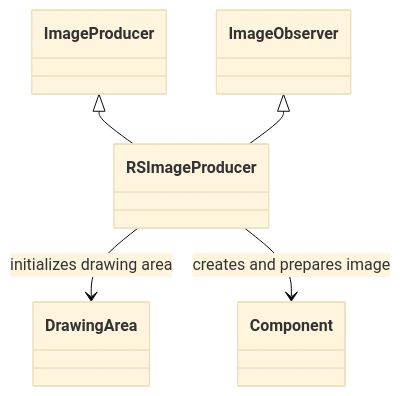
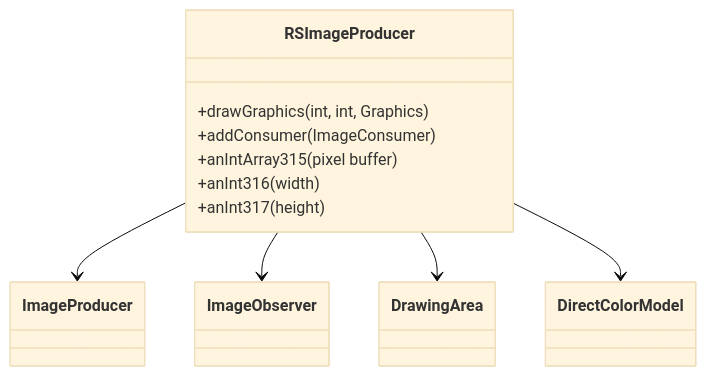
Before and after one commit to daxxog/solmud: the diagram in bytecode/mapping/evidence/verified/RSImageProducer_IVIFZQBK.md, drawn with Mermaid (base theme). The commit also changed other lines of this file and 38 other files, not shown here.

````diff
--- a/bytecode/mapping/evidence/verified/RSImageProducer_IVIFZQBK.md
+++ b/bytecode/mapping/evidence/verified/RSImageProducer_IVIFZQBK.md
@@ -17,7 +17,12 @@
 ```mermaid
 classDiagram
-    RSImageProducer --> DrawingArea : initializes drawing area
-    RSImageProducer --> Component : creates and prepares image
-    ImageProducer <|-- RSImageProducer
-    ImageObserver <|-- RSImageProducer
+    RSImageProducer --> ImageProducer
+    RSImageProducer --> ImageObserver
+    RSImageProducer --> DrawingArea
+    RSImageProducer --> DirectColorModel
+    RSImageProducer : +drawGraphics(int, int, Graphics)
+    RSImageProducer : +addConsumer(ImageConsumer)
+    RSImageProducer : +anIntArray315 (pixel buffer)
+    RSImageProducer : +anInt316 (width)
+    RSImageProducer : +anInt317 (height)
 ```
````
